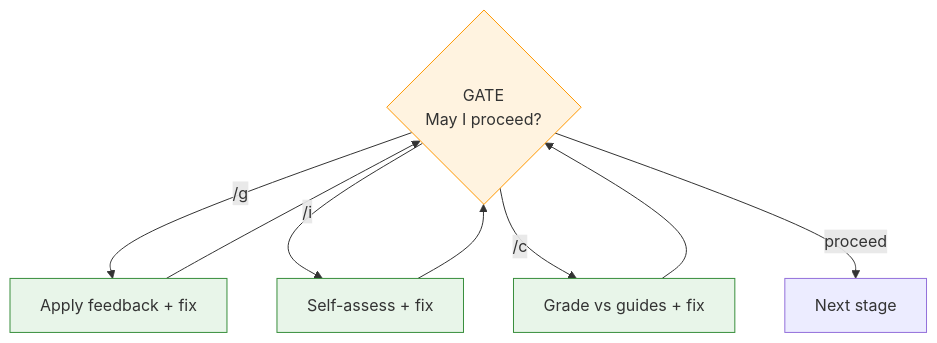
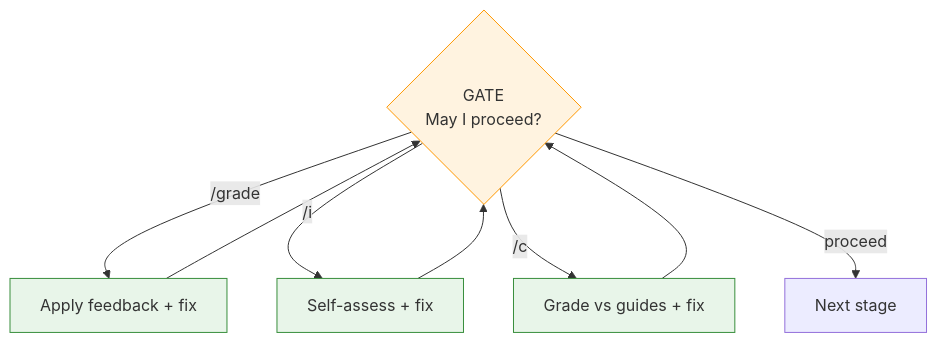
Before and after one commit to binaryphile/tandem-protocol: the first of 2 diagrams in FEATURES.md, drawn with Mermaid. The commit also changed other lines of this file, not shown here.

First line of the commit message:
FEATURES.md: align with §1d.5 /grade semantics (#5971)

````diff
--- a/FEATURES.md
+++ b/FEATURES.md
@@ -7,15 +7,15 @@
 ```mermaid
 flowchart TD
-    GATE{"GATE<br/>May I proceed?"} -->|"/g"| EXTERN["Apply feedback + fix"]
+    GATE{"GATE<br/>May I proceed?"} -->|"/grade"| EXTERN["Apply feedback + fix"]
     EXTERN --> GATE
     GATE -->|"/i"| IMPROVE["Self-assess + fix"]
     IMPROVE --> GATE
     GATE -->|"/c"| COMPLY["Grade vs guides + fix"]
     COMPLY --> GATE
     GATE -->|"proceed"| NEXT["Next stage"]
 
     style GATE fill:#fff3e0,stroke:#ff9800
     style IMPROVE fill:#e8f5e9,stroke:#388e3c
     style COMPLY fill:#e8f5e9,stroke:#388e3c
     style EXTERN fill:#e8f5e9,stroke:#388e3c
 ```
````
